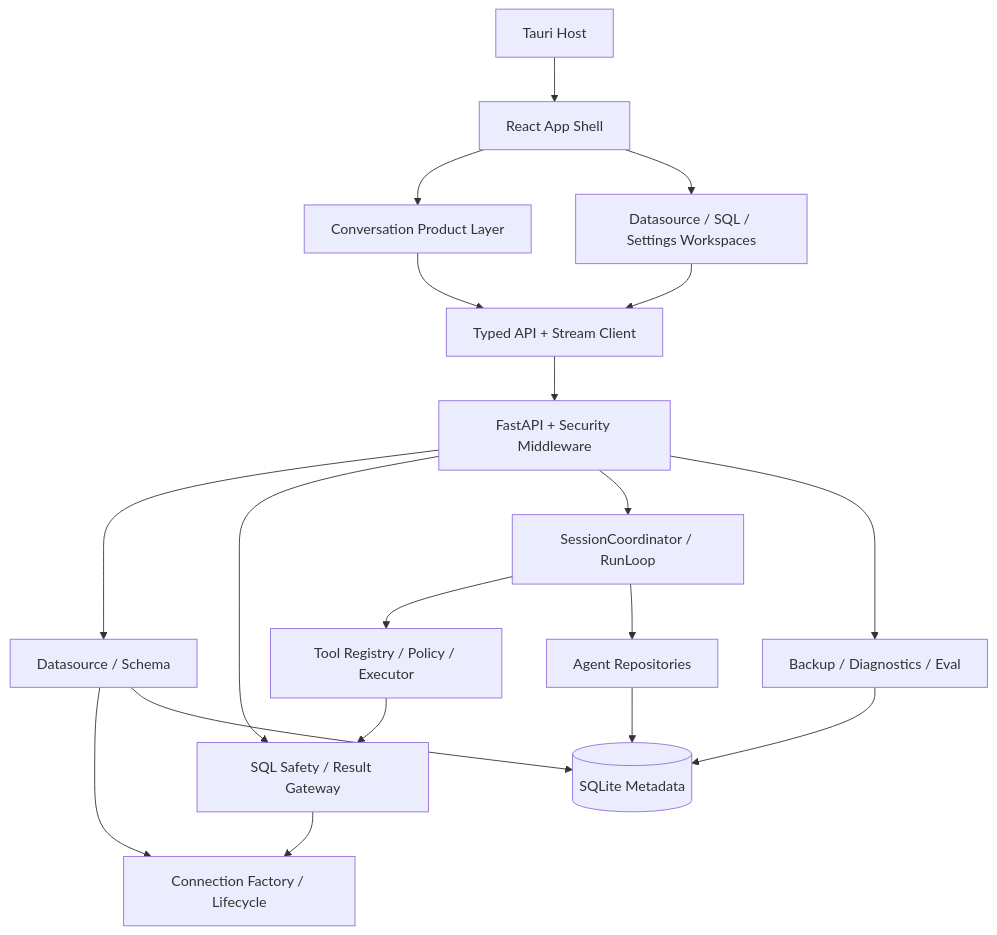
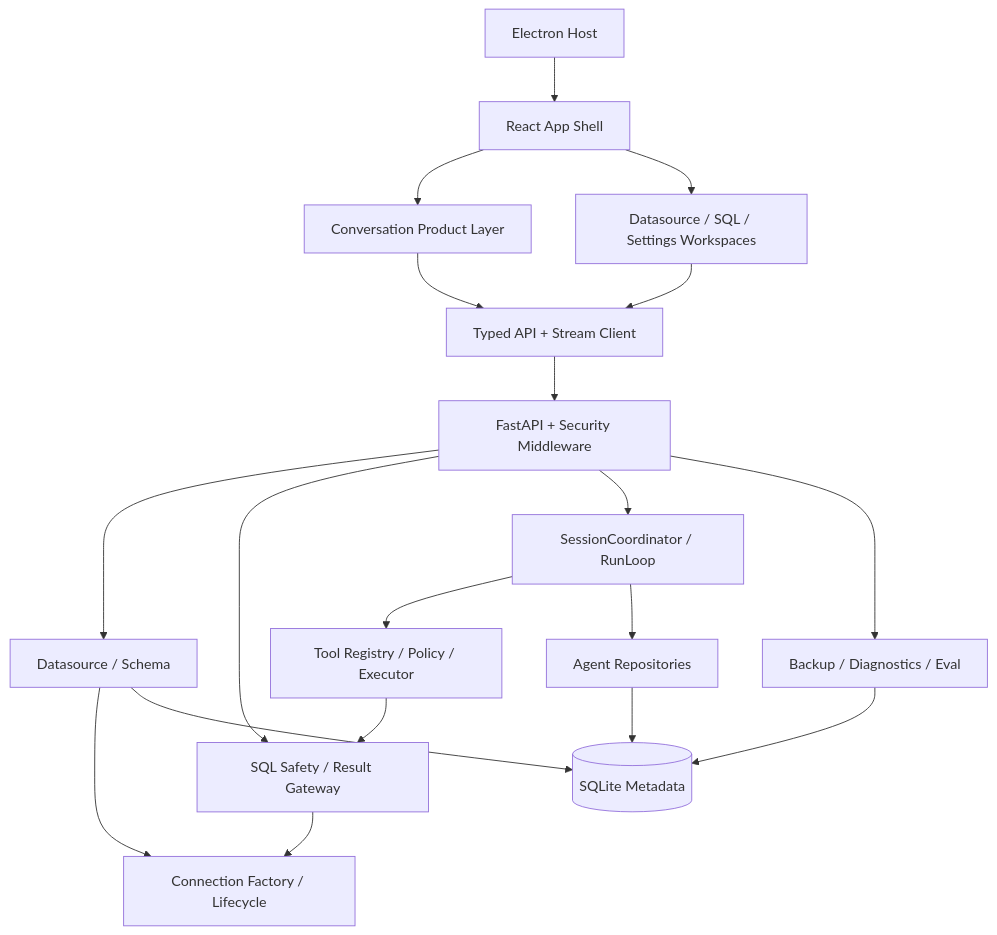
The first of 5 diagrams in docs/architecture/implementation-map.md (trrueee/DBFox), drawn with Mermaid before and after one commit. The commit also changed other lines of this file and 125 other files, not shown here.

Commit message:
refactor(desktop): remove Rust and Tauri host (#78)

````diff
--- a/docs/architecture/implementation-map.md
+++ b/docs/architecture/implementation-map.md
@@ -28,23 +28,23 @@
 ```mermaid
 flowchart TB
-    HOST["Tauri Host"] --> UI["React App Shell"]
+    HOST["Electron Host"] --> UI["React App Shell"]
     UI --> CONV["Conversation Product Layer"]
     UI --> WORK["Datasource / SQL / Settings Workspaces"]
     CONV --> CLIENT["Typed API + Stream Client"]
     WORK --> CLIENT
     CLIENT --> API["FastAPI + Security Middleware"]
 
     API --> DS["Datasource / Schema"]
     API --> SQL["SQL Safety / Result Gateway"]
     API --> AGENT["SessionCoordinator / RunLoop"]
     API --> OPS["Backup / Diagnostics / Eval"]
 
     AGENT --> TOOL["Tool Registry / Policy / Executor"]
     AGENT --> REPO["Agent Repositories"]
     TOOL --> SQL
     DS --> CONN["Connection Factory / Lifecycle"]
     SQL --> CONN
     REPO --> META[("SQLite Metadata")]
     DS --> META
     OPS --> META
 ```
````
